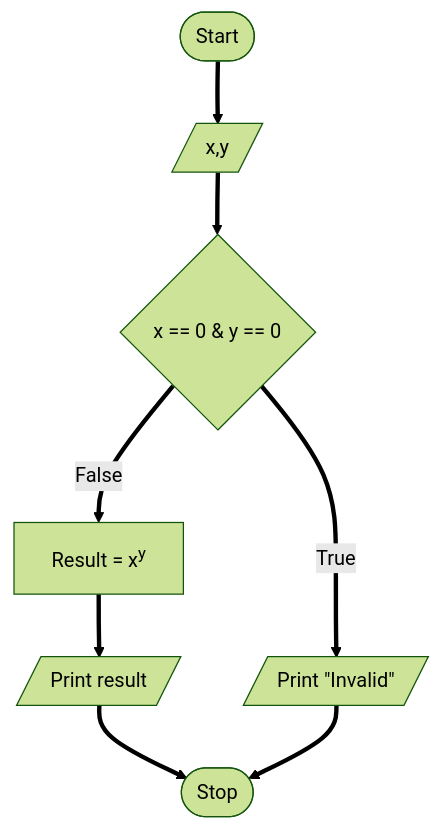
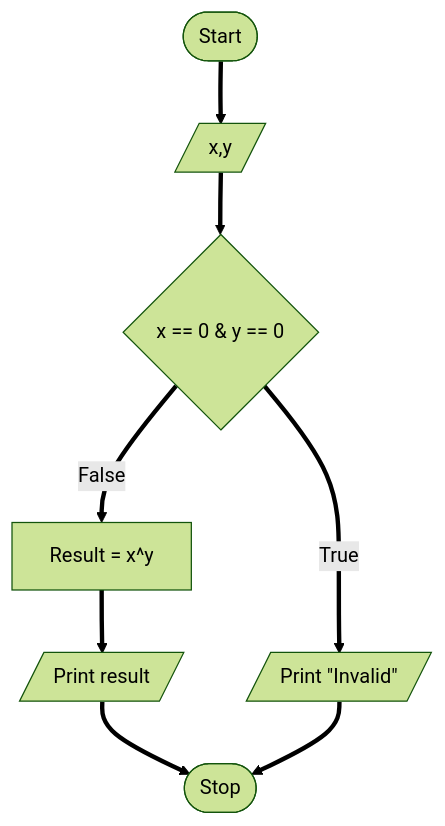
One commit to SWEG-2016EC-Batch/The-5-Bits changed the diagram in ETS0831_Kidus_Tessema/Power_Functions.md. Above: the diagram before and after it, drawn with Mermaid (forest theme).

````diff
--- a/ETS0831_Kidus_Tessema/Power_Functions.md
+++ b/ETS0831_Kidus_Tessema/Power_Functions.md
@@ -26,10 +26,10 @@
 ```mermaid
 flowchart TD
 id1([Start])
 id1 ==> id2[/x,y/]
 id2 ==> id3{x == 0 & y == 0}
 id3 == True ==> id4a[/Print "Invalid"/]
-id3 == False ==> id4b["Result = x<sup>y</sup>"]
+id3 == False ==> id4b["Result = x^y"]
 id4b ==> id5[/Print result/]
 id5 & id4a ==> id6([Stop])
 ```
````
